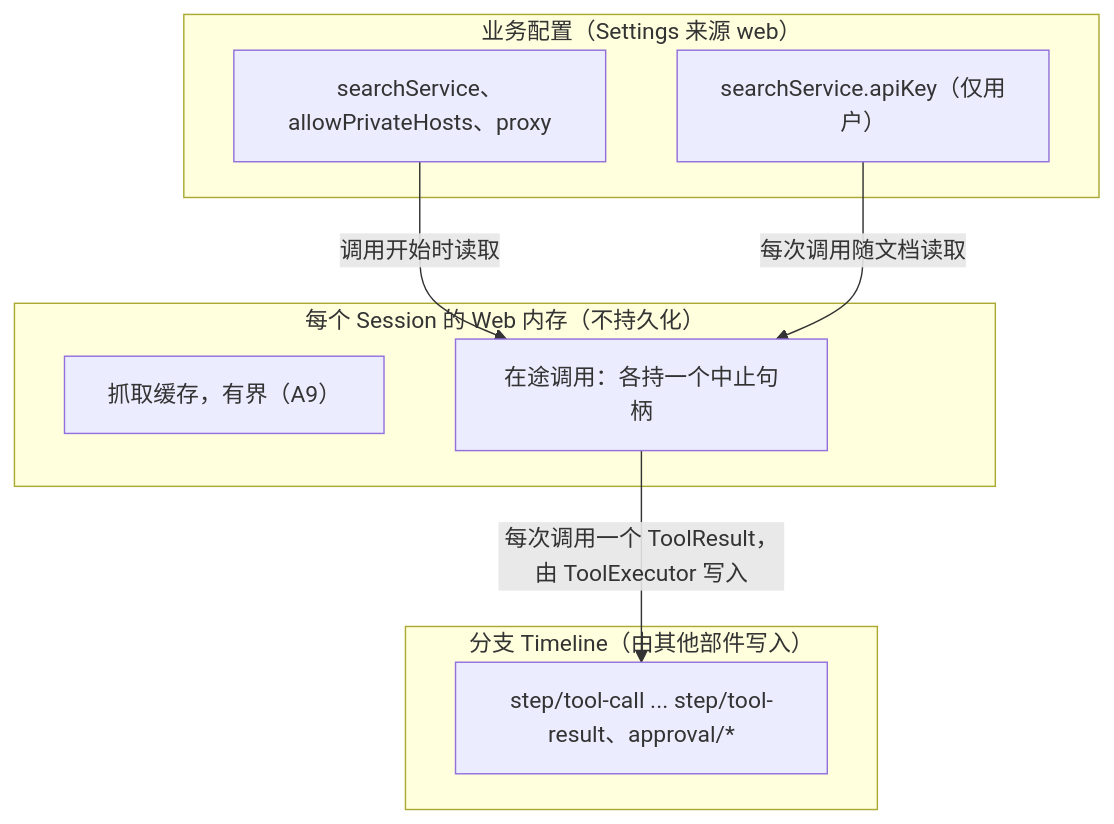
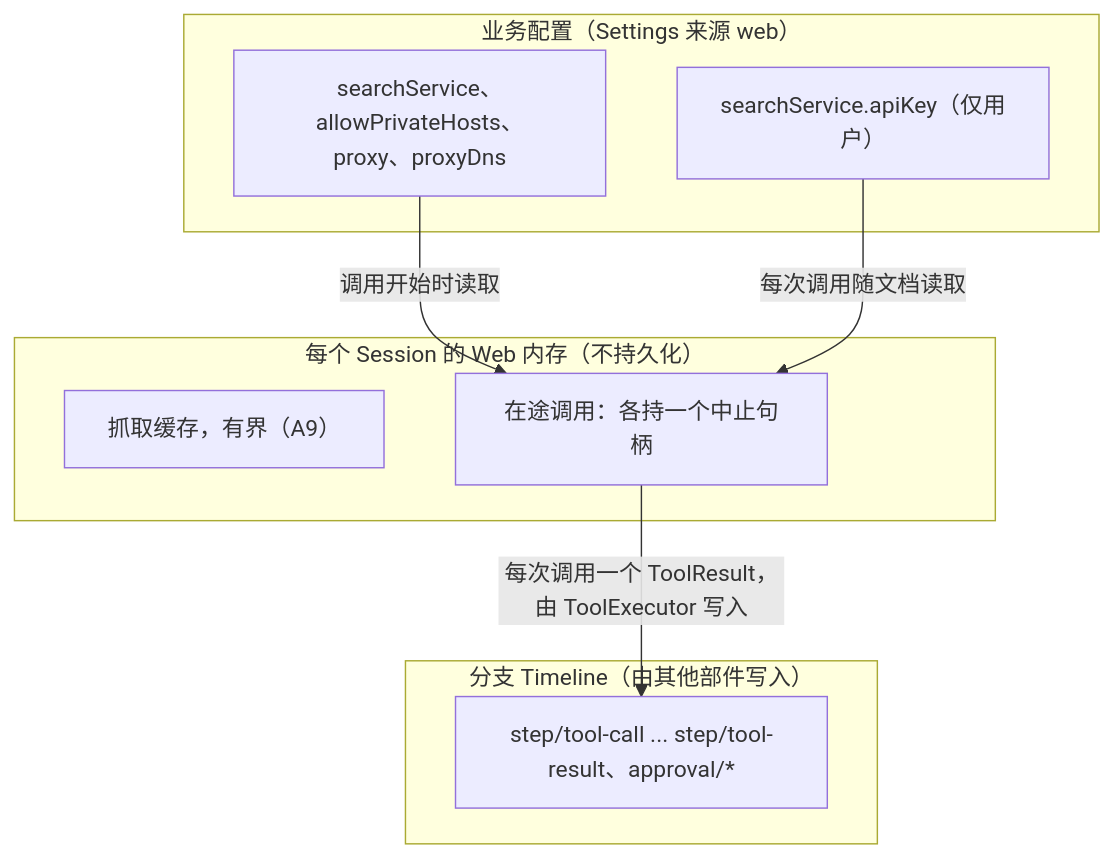
One commit to CoutinhoTTS/dim-agent changed the second of 5 diagrams in docs/zh/design/plugins/Web.md. Above: the diagram before and after it, drawn with Mermaid. The commit also changed other lines of this file and 1 other file, not shown here.

First line of the commit message:
docs: define proxy DNS support for Fake-IP environments

````diff
--- a/docs/zh/design/plugins/Web.md
+++ b/docs/zh/design/plugins/Web.md
@@ -47,17 +47,17 @@
 ```mermaid
 flowchart TB
   subgraph CFG["业务配置（Settings 来源 web）"]
-    WebCfg["searchService、allowPrivateHosts、proxy"]
+    WebCfg["searchService、allowPrivateHosts、proxy、proxyDns"]
     Secret["searchService.apiKey（仅用户）"]
   end
   subgraph MEM["每个 Session 的 Web 内存（不持久化）"]
     Cache["抓取缓存，有界（A9）"]
     Inflight["在途调用：各持一个中止句柄"]
   end
   subgraph TL["分支 Timeline（由其他部件写入）"]
     Calls["step/tool-call ... step/tool-result、approval/*"]
   end
   WebCfg -->|"调用开始时读取"| Inflight
   Secret -->|"每次调用随文档读取"| Inflight
   Inflight -->|"每次调用一个 ToolResult，由 ToolExecutor 写入"| Calls
 ```
````
